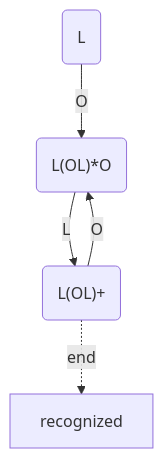
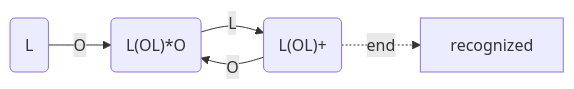
Before and after one commit to raganwald/raganwald.github.com: the third of 3 diagrams in _posts/2019-02-14-i-love-programming-and-programmers.md, drawn with Mermaid. The commit also changed other lines of this file, not shown here.

```diff
--- a/_posts/2019-02-14-i-love-programming-and-programmers.md
+++ b/_posts/2019-02-14-i-love-programming-and-programmers.md
@@ -1165,7 +1165,7 @@
 <div class="mermaid">
-  graph TD
+  graph LR
     start(L)-->|O|LO("L(OL)*O")
     LO-->|L|LOL("L(OL)+")
     LOL-->|O|LO
     LOL-.->|end|recognized
 </div>
```
